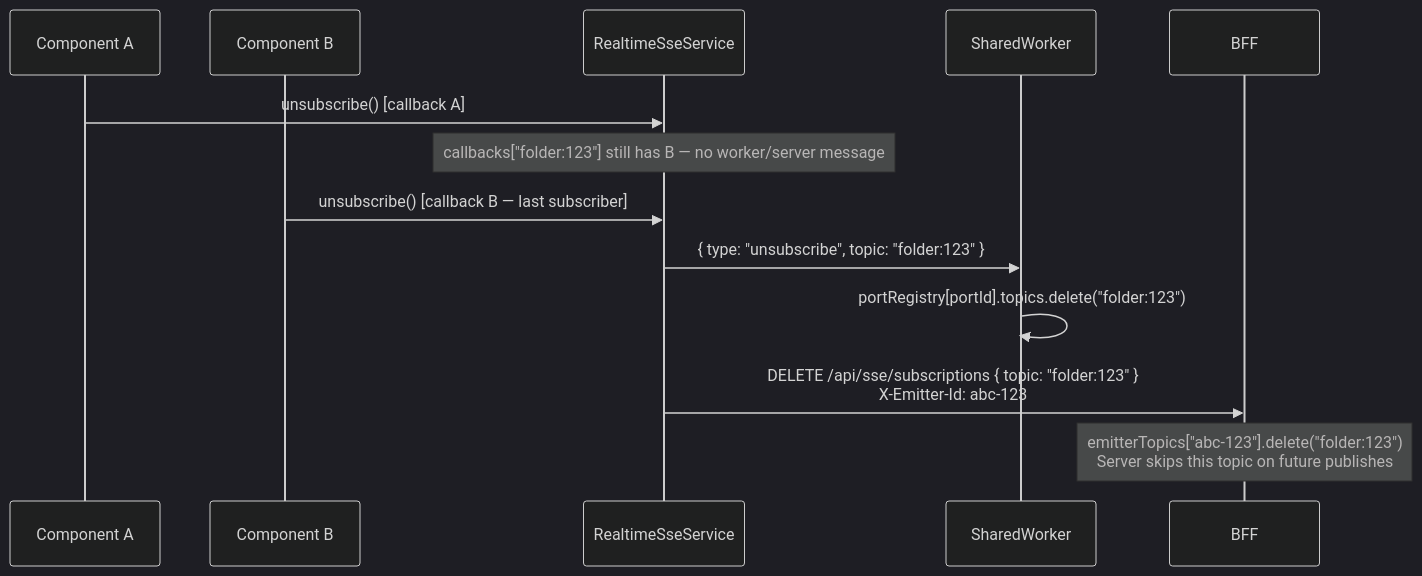
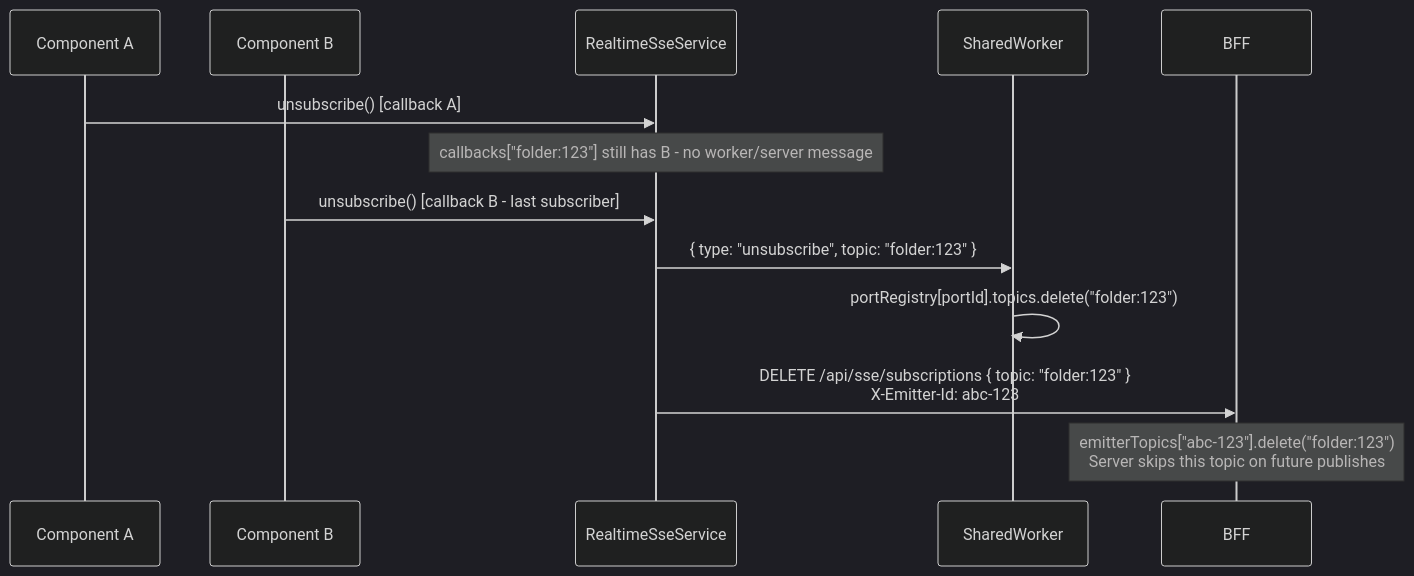
One commit to iarroyo/sse-demo changed the fourth of 7 diagrams in SSE-DIAGRAMS.md. Above: the diagram before and after it, drawn with Mermaid (dark theme). The commit also changed other lines of this file, not shown here.

Commit message:
docs(diagrams): replace em dash with hyphen

````diff
--- a/SSE-DIAGRAMS.md
+++ b/SSE-DIAGRAMS.md
@@ -94,17 +94,17 @@
 ```mermaid
 sequenceDiagram
     participant CompA as Component A
     participant CompB as Component B
     participant Service as RealtimeSseService
     participant Worker as SharedWorker
     participant Server as BFF
 
     CompA->>Service: unsubscribe() [callback A]
-    Note over Service: callbacks["folder:123"] still has B — no worker/server message
+    Note over Service: callbacks["folder:123"] still has B - no worker/server message
 
-    CompB->>Service: unsubscribe() [callback B — last subscriber]
+    CompB->>Service: unsubscribe() [callback B - last subscriber]
     Service->>Worker: { type: "unsubscribe", topic: "folder:123" }
     Worker->>Worker: portRegistry[portId].topics.delete("folder:123")
     Service->>Server: DELETE /api/sse/subscriptions { topic: "folder:123" }<br/>X-Emitter-Id: abc-123
     Note over Server: emitterTopics["abc-123"].delete("folder:123")<br/>Server skips this topic on future publishes
 ```
````
